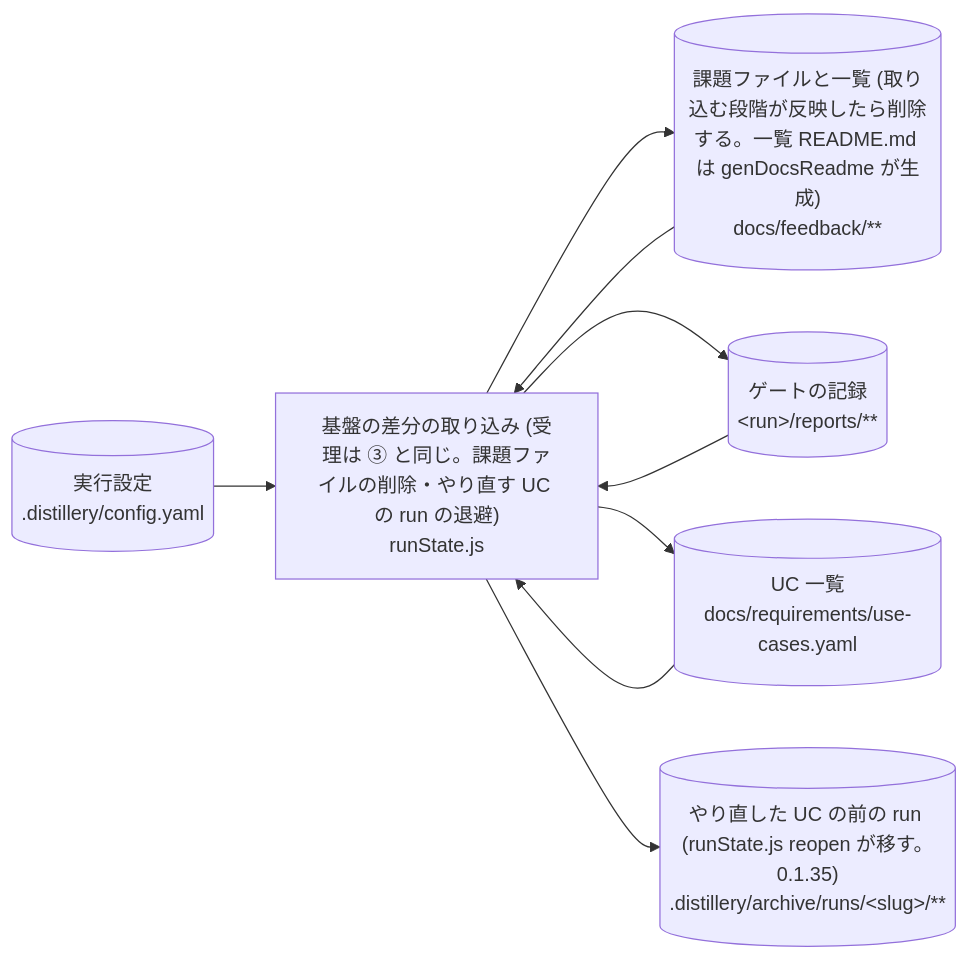
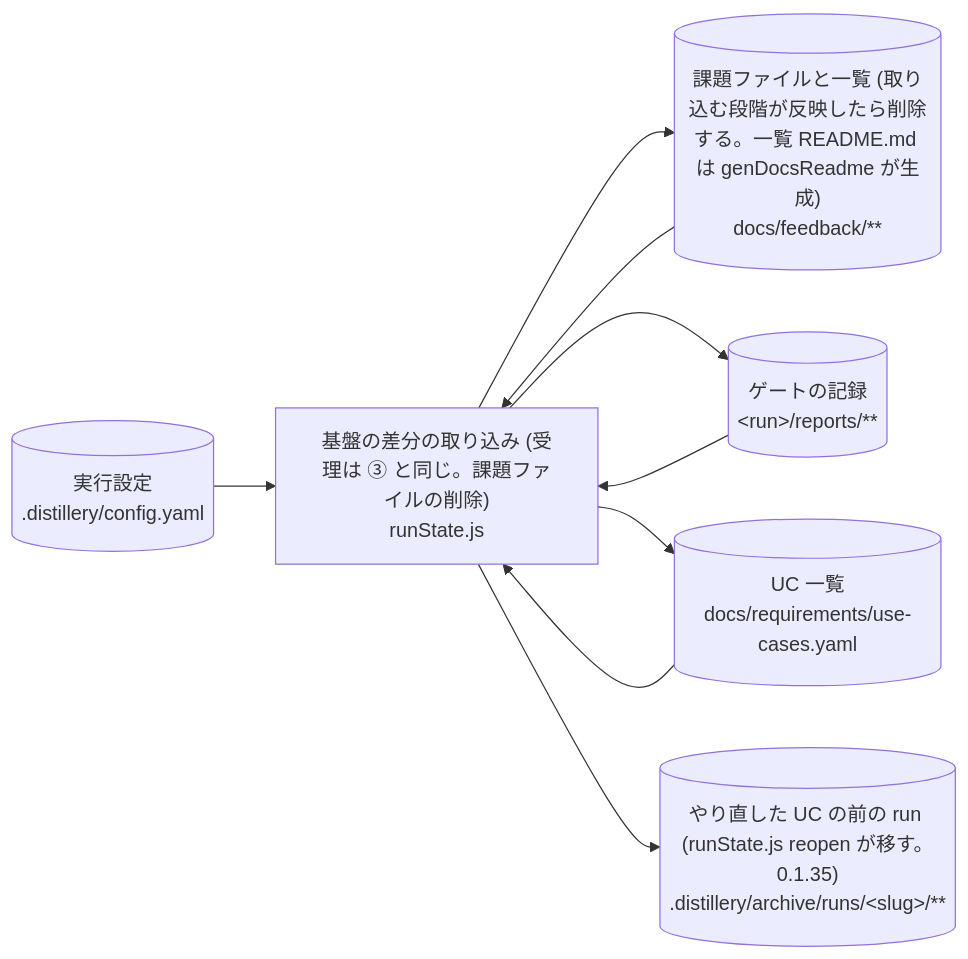
One commit to suwa-sh/suwa-sh-claude-plugins changed diagram 19 of 53 in plugins/distillery2/skills/d2-common/references/dataflow.md. Above: the diagram before and after it, drawn with Mermaid. The commit also changed other lines of this file and 21 other files, not shown here.

````diff
--- a/plugins/distillery2/skills/d2-common/references/dataflow.md
+++ b/plugins/distillery2/skills/d2-common/references/dataflow.md
@@ -520,17 +520,17 @@
 ```mermaid
 flowchart LR
-  p_run_foundation_diff["基盤の差分の取り込み (受理は ③ と同じ。課題ファイルの削除・やり直す UC の run の退避)<br/>runState.js"]
+  p_run_foundation_diff["基盤の差分の取り込み (受理は ③ と同じ。課題ファイルの削除)<br/>runState.js"]
   s_feedback_docs[("課題ファイルと一覧 (取り込む段階が反映したら削除する。一覧 README.md は genDocsReadme が生成)<br/>docs/feedback/**")]
   s_config[("実行設定<br/>.distillery/config.yaml")]
   s_reports[("ゲートの記録<br/>#lt;run#gt;/reports/**")]
   s_use_cases[("UC 一覧<br/>docs/requirements/use-cases.yaml")]
   s_run_archive[("やり直した UC の前の run (runState.js reopen が移す。0.1.35)<br/>.distillery/archive/runs/#lt;slug#gt;/**")]
   s_feedback_docs --> p_run_foundation_diff
   s_config --> p_run_foundation_diff
   s_reports --> p_run_foundation_diff
   s_use_cases --> p_run_foundation_diff
   p_run_foundation_diff --> s_feedback_docs
   p_run_foundation_diff --> s_reports
   p_run_foundation_diff --> s_use_cases
   p_run_foundation_diff --> s_run_archive
 ```
````
